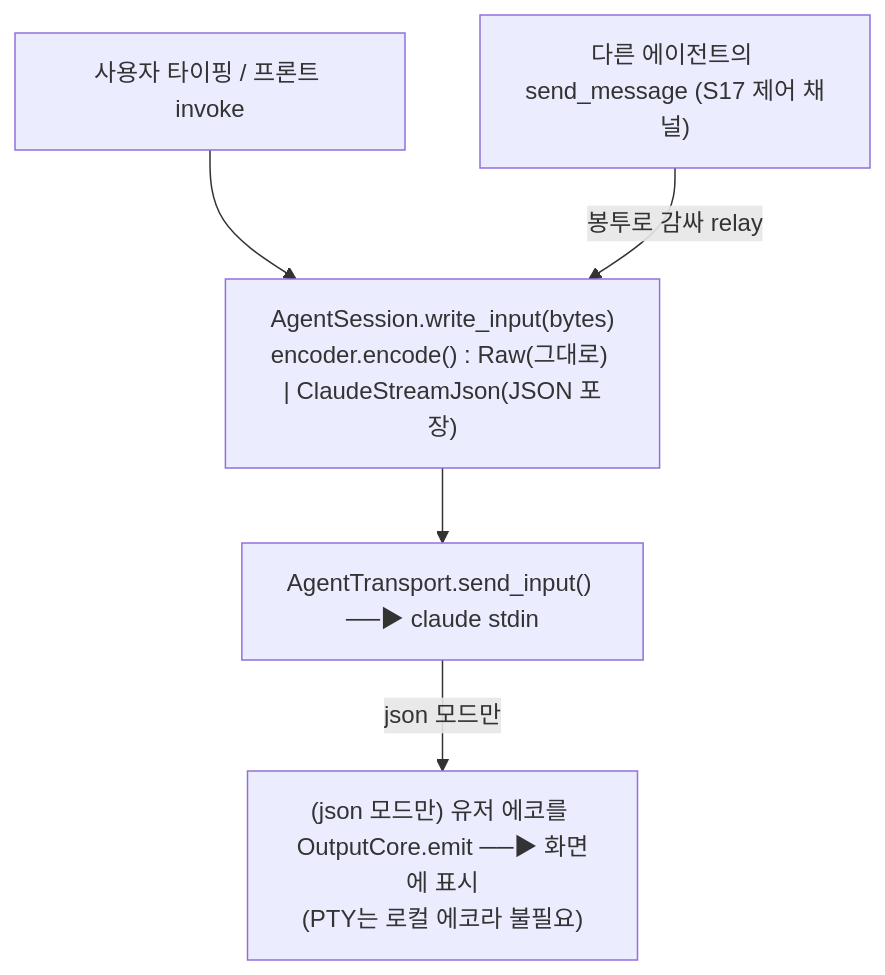
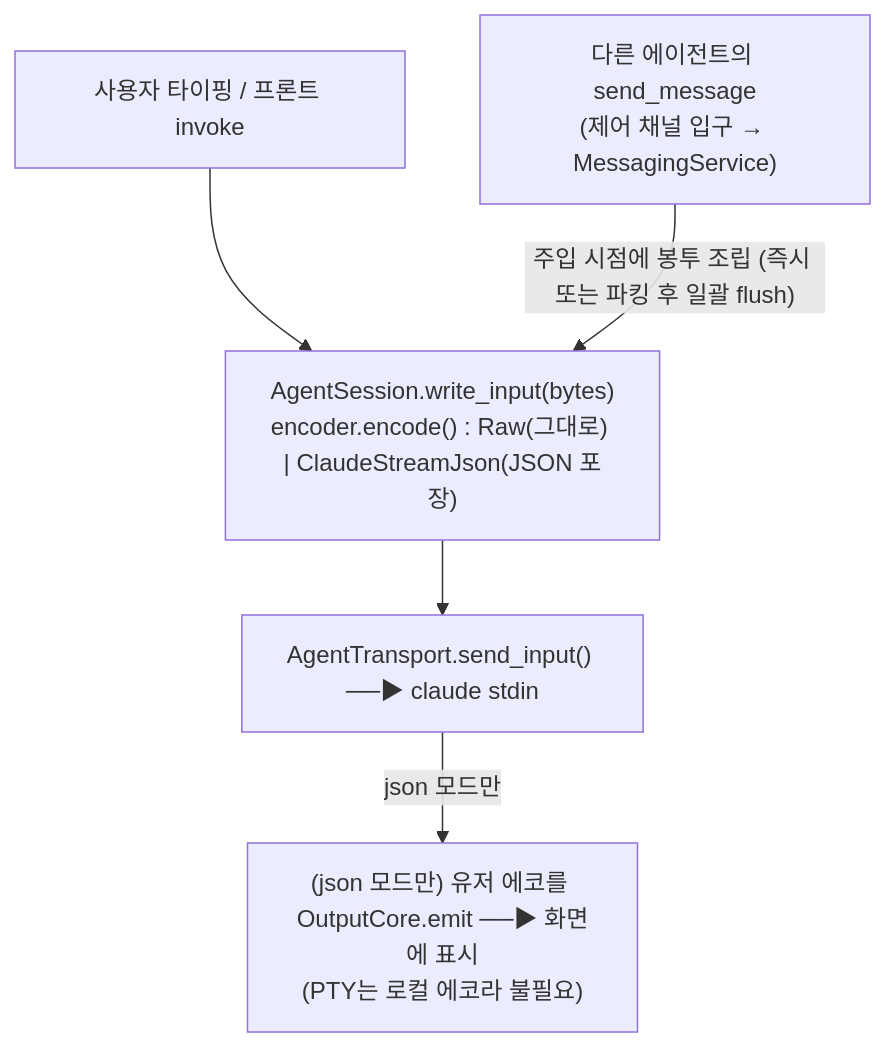
The sixth of 20 diagrams in docs/reference/architecture-overview.md (kimsunzun/engram-dashboard), drawn with Mermaid before and after one commit. The commit also changed other lines of this file and 1 other file, not shown here.

First line of the commit message:
docs: architecture-overview 메시징(S18) 편입 — 공개 드리프트 해소 (/review doc 2인 취합 19건 반영)

````diff
--- a/docs/reference/architecture-overview.md
+++ b/docs/reference/architecture-overview.md
@@ -225,13 +230,13 @@
 ```mermaid
 flowchart TD
   IN1["사용자 타이핑 / 프론트 invoke"]
-  IN2["다른 에이전트의 send_message (S17 제어 채널)"]
+  IN2["다른 에이전트의 send_message<br/>(제어 채널 입구 → MessagingService)"]
   WI["AgentSession.write_input(bytes)<br/>encoder.encode() : Raw(그대로) | ClaudeStreamJson(JSON 포장)"]
   SI["AgentTransport.send_input() ──▶ claude stdin"]
   ECHO["(json 모드만) 유저 에코를 OutputCore.emit ──▶ 화면에 표시<br/>(PTY는 로컬 에코라 불필요)"]
 
   IN1 --> WI
-  IN2 -->|"봉투로 감싸 relay"| WI
+  IN2 -->|"주입 시점에 봉투 조립 (즉시 또는 파킹 후 일괄 flush)"| WI
   WI --> SI
   SI -->|"json 모드만"| ECHO
 ```
````
